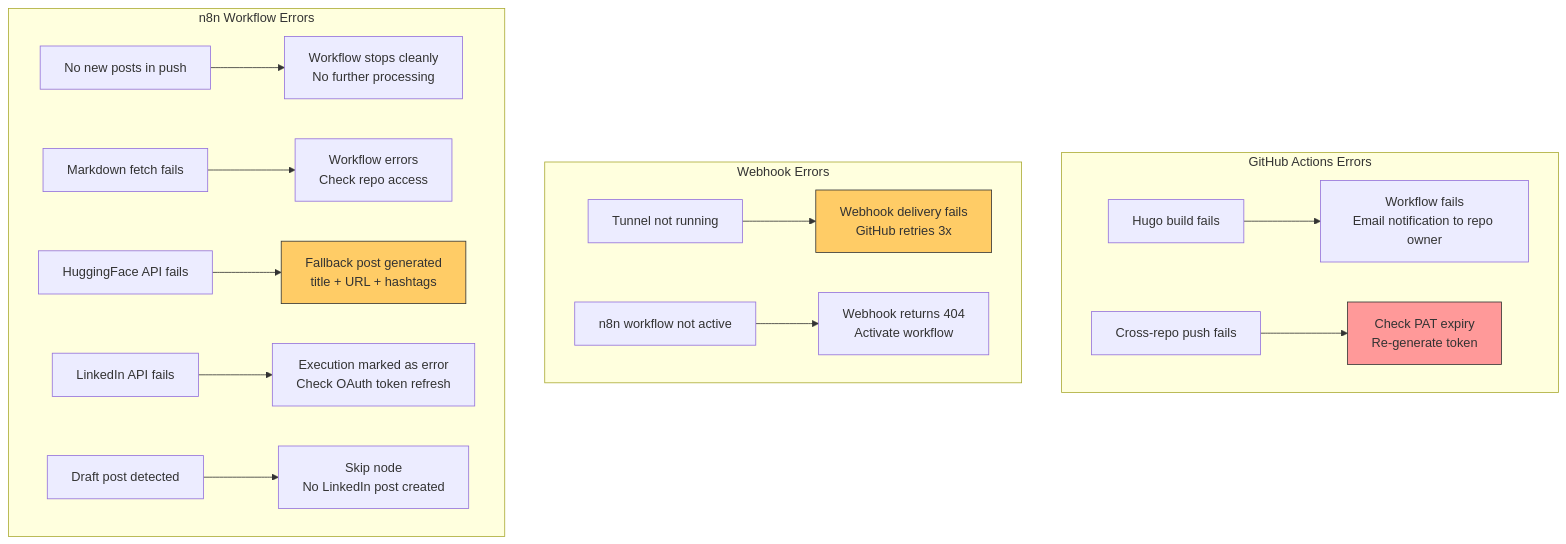
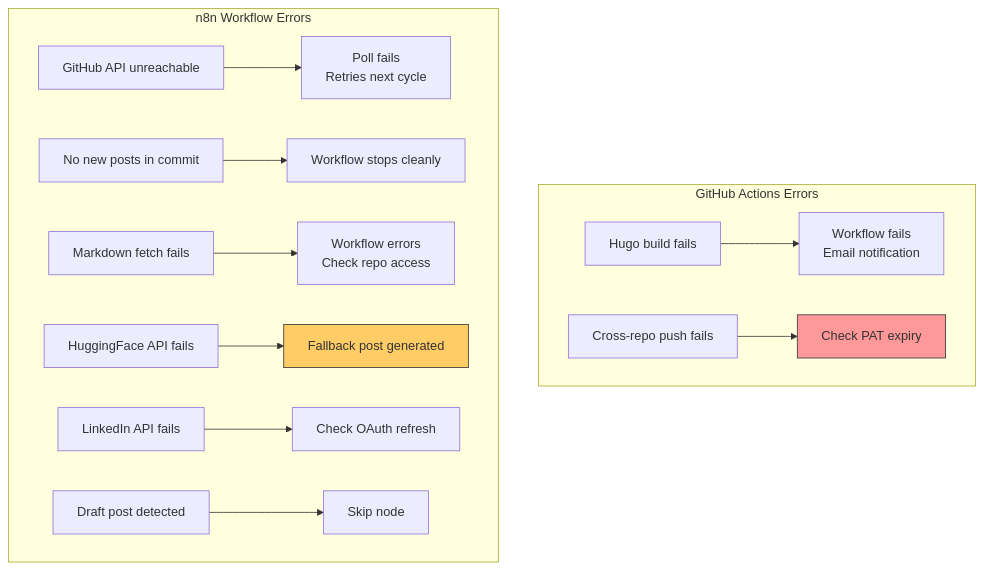
One commit to thatsmeadarsh/n8n-powered-auto-web-publish changed the fourth of 4 diagrams in docs/workflow-documentation.md. Above: the diagram before and after it, drawn with Mermaid. The commit also changed other lines of this file and 4 other files, not shown here.

````diff
--- a/docs/workflow-documentation.md
+++ b/docs/workflow-documentation.md
@@ -399,24 +312,19 @@
 ```mermaid
 graph TD
     subgraph Actions["GitHub Actions Errors"]
-        AE1["Hugo build fails"] --> AA1["Workflow fails<br/>Email notification to repo owner"]
-        AE2["Cross-repo push fails"] --> AA2["Check PAT expiry<br/>Re-generate token"]
-    end
-
-    subgraph Webhook["Webhook Errors"]
-        WE1["Tunnel not running"] --> WA1["Webhook delivery fails<br/>GitHub retries 3x"]
-        WE2["n8n workflow not active"] --> WA2["Webhook returns 404<br/>Activate workflow"]
+        AE1["Hugo build fails"] --> AA1["Workflow fails<br/>Email notification"]
+        AE2["Cross-repo push fails"] --> AA2["Check PAT expiry"]
     end
 
     subgraph n8n["n8n Workflow Errors"]
-        NE1["No new posts in push"] --> NA1["Workflow stops cleanly<br/>No further processing"]
-        NE2["Markdown fetch fails"] --> NA2["Workflow errors<br/>Check repo access"]
-        NE3["HuggingFace API fails"] --> NA3["Fallback post generated<br/>title + URL + hashtags"]
-        NE4["LinkedIn API fails"] --> NA4["Execution marked as error<br/>Check OAuth token refresh"]
-        NE5["Draft post detected"] --> NA5["Skip node<br/>No LinkedIn post created"]
+        NE1["GitHub API unreachable"] --> NA1["Poll fails<br/>Retries next cycle"]
+        NE2["No new posts in commit"] --> NA2["Workflow stops cleanly"]
+        NE3["Markdown fetch fails"] --> NA3["Workflow errors<br/>Check repo access"]
+        NE4["HuggingFace API fails"] --> NA4["Fallback post generated"]
+        NE5["LinkedIn API fails"] --> NA5["Check OAuth refresh"]
+        NE6["Draft post detected"] --> NA6["Skip node"]
     end
 
-    style WA1 fill:#ffcc66,stroke:#333
-    style NA3 fill:#ffcc66,stroke:#333
+    style NA4 fill:#ffcc66,stroke:#333
     style AA2 fill:#ff9999,stroke:#333
 ```
````
